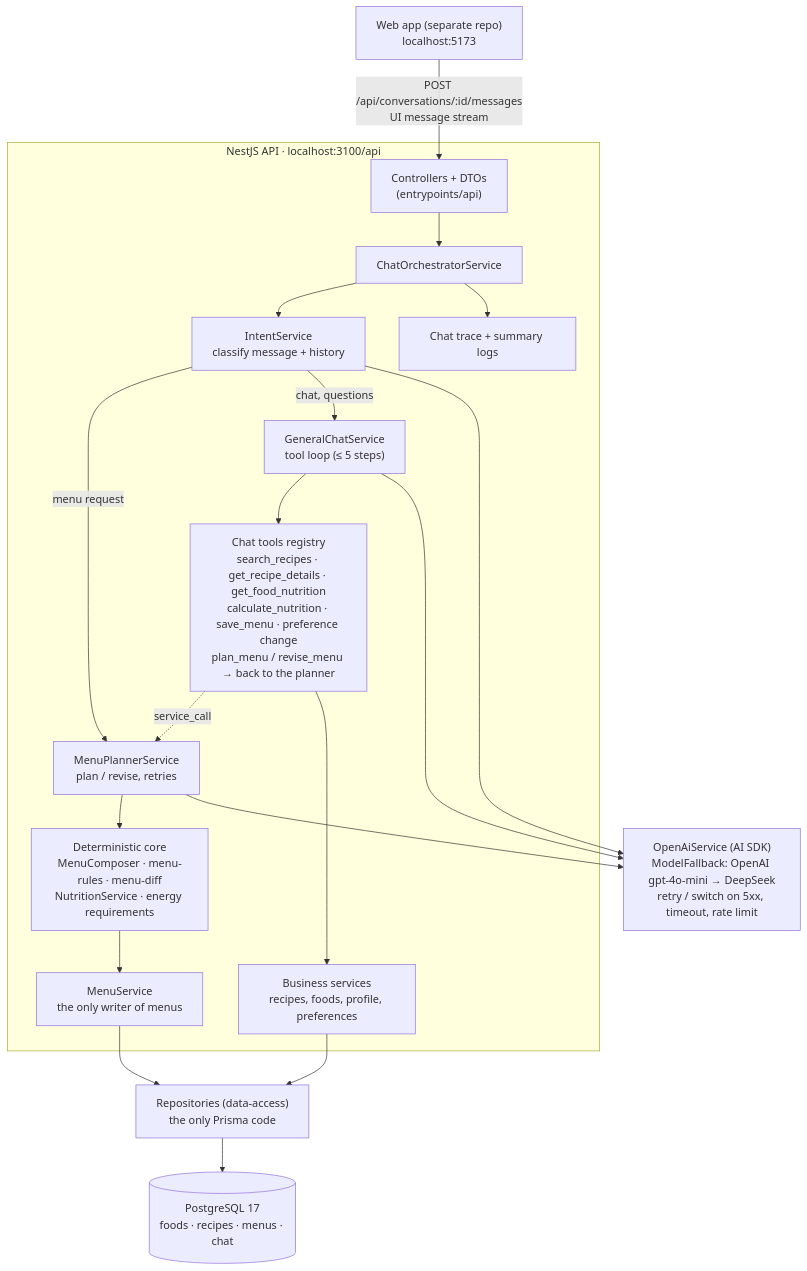
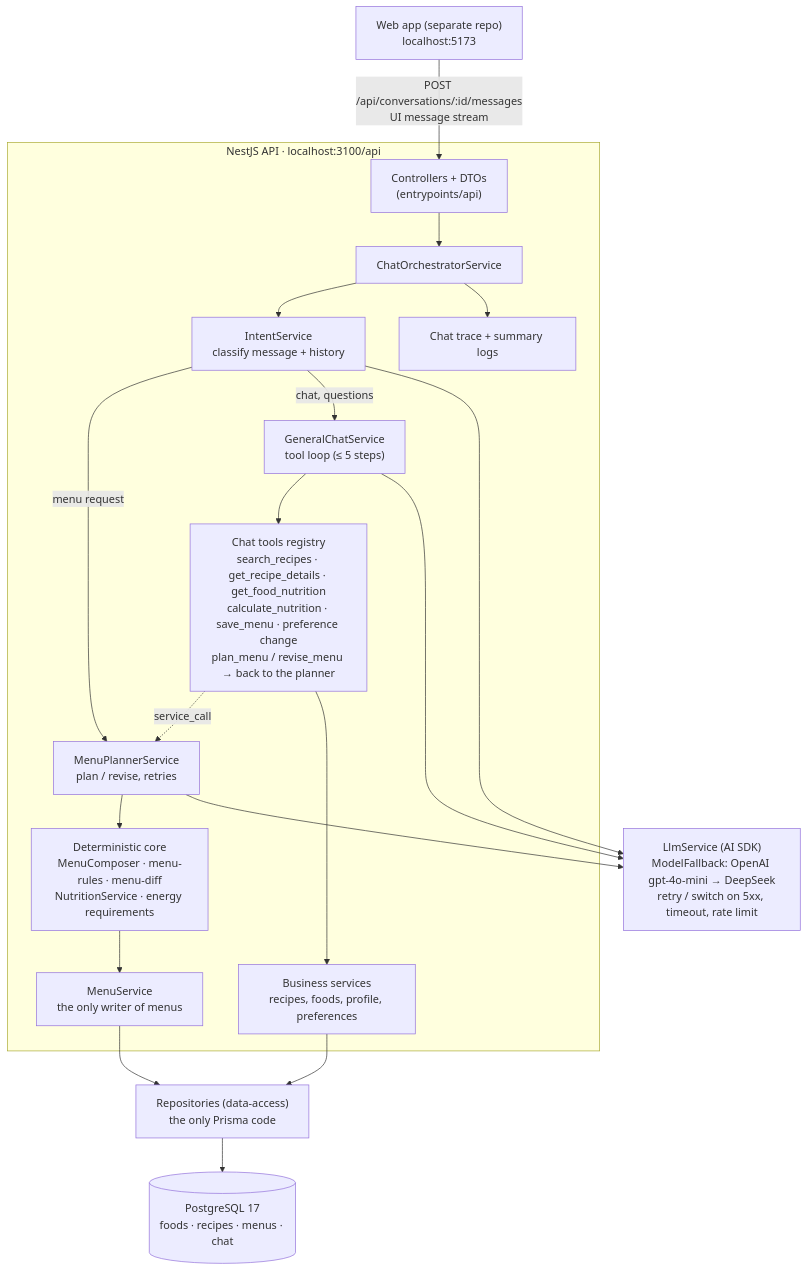
The first of 2 diagrams in README.md (yuliia1024/easy_cook.backend), drawn with Mermaid before and after one commit. The commit also changed other lines of this file and 177 other files, not shown here.

````diff
--- a/README.md
+++ b/README.md
@@ -20,21 +20,21 @@
 ```mermaid
 flowchart TD
     Web["Web app (separate repo)<br/>localhost:5173"] -->|"POST /api/conversations/:id/messages<br/>UI message stream"| Ctrl
 
     subgraph API["NestJS API · localhost:3100/api"]
         Ctrl["Controllers + DTOs<br/>(entrypoints/api)"] --> Orch["ChatOrchestratorService"]
         Orch --> Intent["IntentService<br/>classify message + history"]
         Intent -->|"menu request"| Planner["MenuPlannerService<br/>plan / revise, retries"]
         Intent -->|"chat, questions"| General["GeneralChatService<br/>tool loop (≤ 5 steps)"]
         General --> Tools["Chat tools registry<br/>search_recipes · get_recipe_details · get_food_nutrition<br/>calculate_nutrition · save_menu · preference change<br/>plan_menu / revise_menu → back to the planner"]
         Tools -.->|"service_call"| Planner
         Planner --> Rules["Deterministic core<br/>MenuComposer · menu-rules · menu-diff<br/>NutritionService · energy requirements"]
         Rules --> MenuSvc["MenuService<br/>the only writer of menus"]
         Tools --> Services["Business services<br/>recipes, foods, profile, preferences"]
         Orch --> Trace["Chat trace + summary logs"]
     end
 
-    Intent & Planner & General --> LLM["OpenAiService (AI SDK)<br/>ModelFallback: OpenAI gpt-4o-mini → DeepSeek<br/>retry / switch on 5xx, timeout, rate limit"]
+    Intent & Planner & General --> LLM["LlmService (AI SDK)<br/>ModelFallback: OpenAI gpt-4o-mini → DeepSeek<br/>retry / switch on 5xx, timeout, rate limit"]
     MenuSvc & Services --> Repo["Repositories (data-access)<br/>the only Prisma code"]
     Repo --> PG[("PostgreSQL 17<br/>foods · recipes · menus · chat")]
 ```
````
